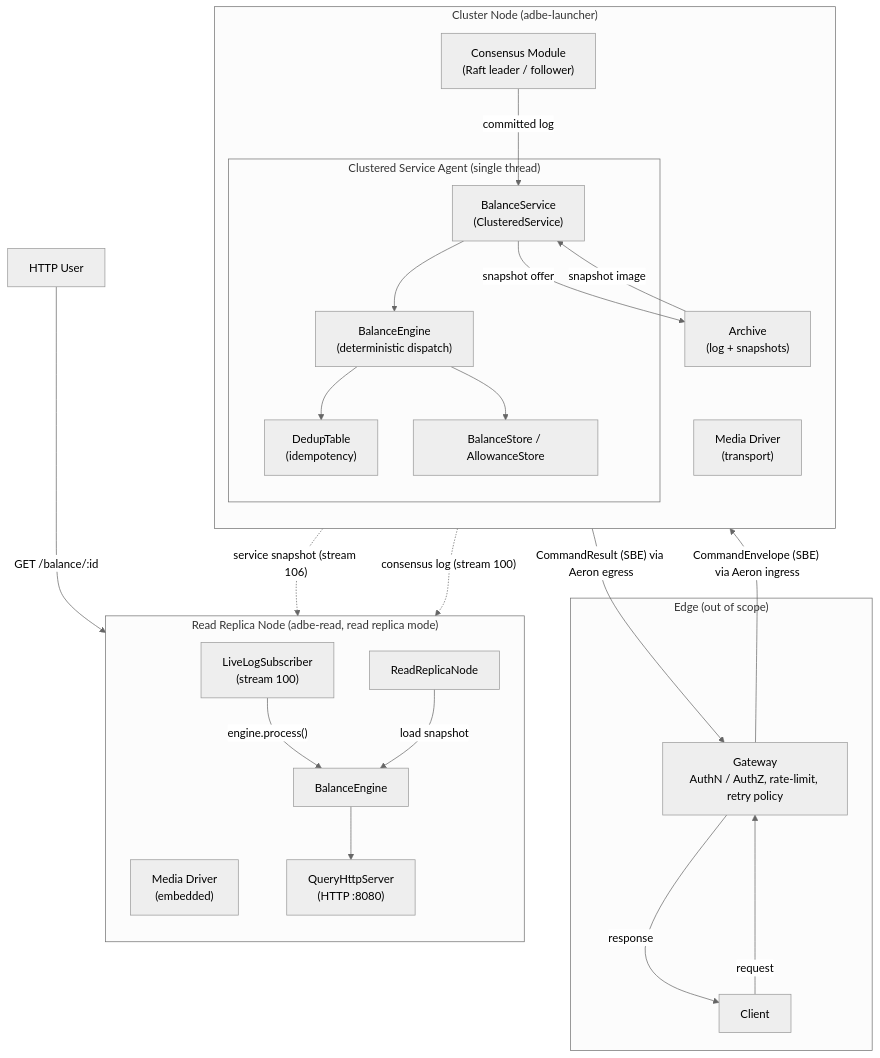
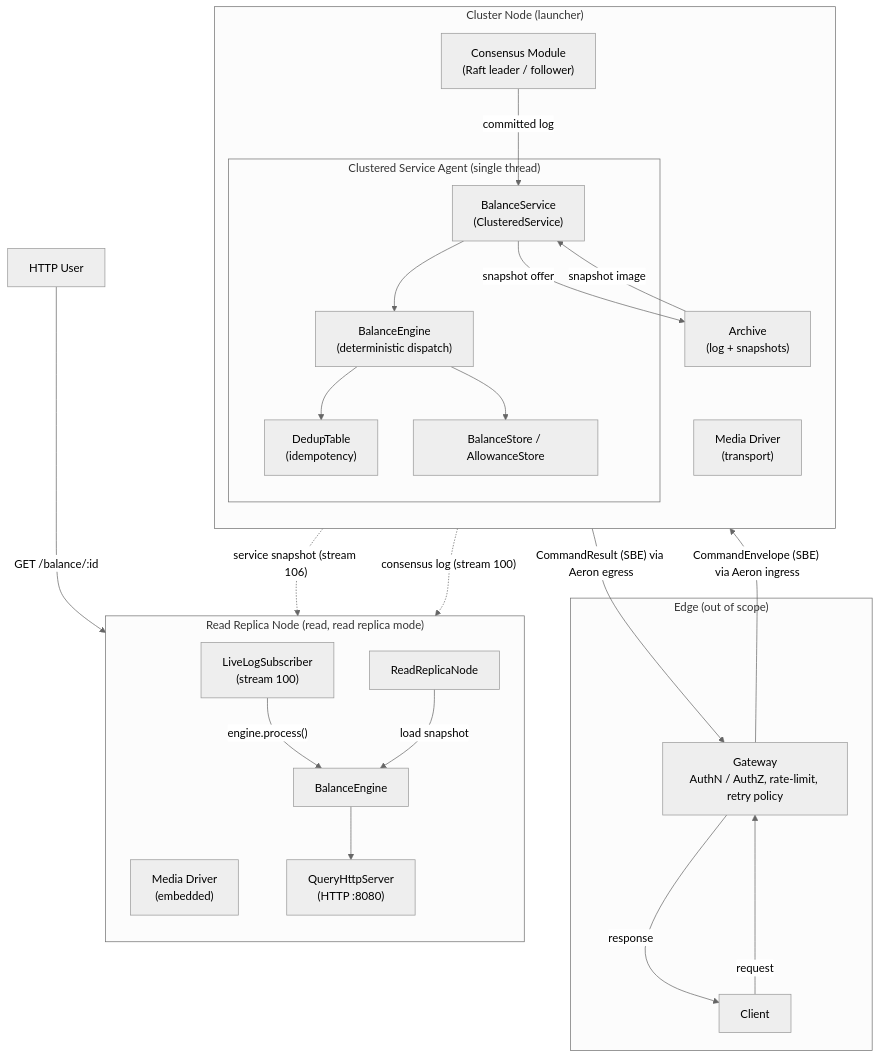
One commit to justrade-io/ledgerd changed the first of 8 diagrams in docs/ARCHITECTURE.md. Above: the diagram before and after it, drawn with Mermaid (neutral theme). The commit also changed other lines of this file and 290 other files, not shown here.

````diff
--- a/docs/ARCHITECTURE.md
+++ b/docs/ARCHITECTURE.md
@@ -167,47 +167,47 @@
 ```mermaid
 flowchart TB
     subgraph EDGE["Edge (out of scope)"]
         CLIENT["Client"]
         GW["Gateway\nAuthN / AuthZ, rate-limit, retry policy"]
     end
 
-    subgraph NODE["Cluster Node (adbe-launcher)"]
+    subgraph NODE["Cluster Node (launcher)"]
         direction TB
         MD["Media Driver\n(transport)"]
         CM["Consensus Module\n(Raft leader / follower)"]
         AR["Archive\n(log + snapshots)"]
         subgraph SC["Clustered Service Agent (single thread)"]
             BS["BalanceService\n(ClusteredService)"]
             BE["BalanceEngine\n(deterministic dispatch)"]
             DT["DedupTable\n(idempotency)"]
             BM["BalanceStore / AllowanceStore"]
             BS --> BE
             BE --> DT
             BE --> BM
         end
         CM -->|" committed log "| BS
         BS -->|" snapshot offer "| AR
         AR -->|" snapshot image "| BS
     end
 
-    subgraph READ["Read Replica Node (adbe-read, read replica mode)"]
+    subgraph READ["Read Replica Node (read, read replica mode)"]
         direction TB
         MD2["Media Driver\n(embedded)"]
         SB["ReadReplicaNode"]
         LLS["LiveLogSubscriber\n(stream 100)"]
         BE2["BalanceEngine"]
         QS["QueryHttpServer\n(HTTP :8080)"]
         AR -.->|" service snapshot (stream 106) "| SB
         AR -.->|" consensus log (stream 100) "| LLS
         LLS -->|" engine.process() "| BE2
         SB -->|" load snapshot "| BE2
         BE2 --> QS
     end
 
     CLIENT -->|" request "| GW
     GW -->|" CommandEnvelope (SBE) via Aeron ingress "| CM
     BS -->|" CommandResult (SBE) via Aeron egress "| GW
     GW -->|" response "| CLIENT
 
     USER["HTTP User"] -->|" GET /balance/:id "| QS
 ```
````
